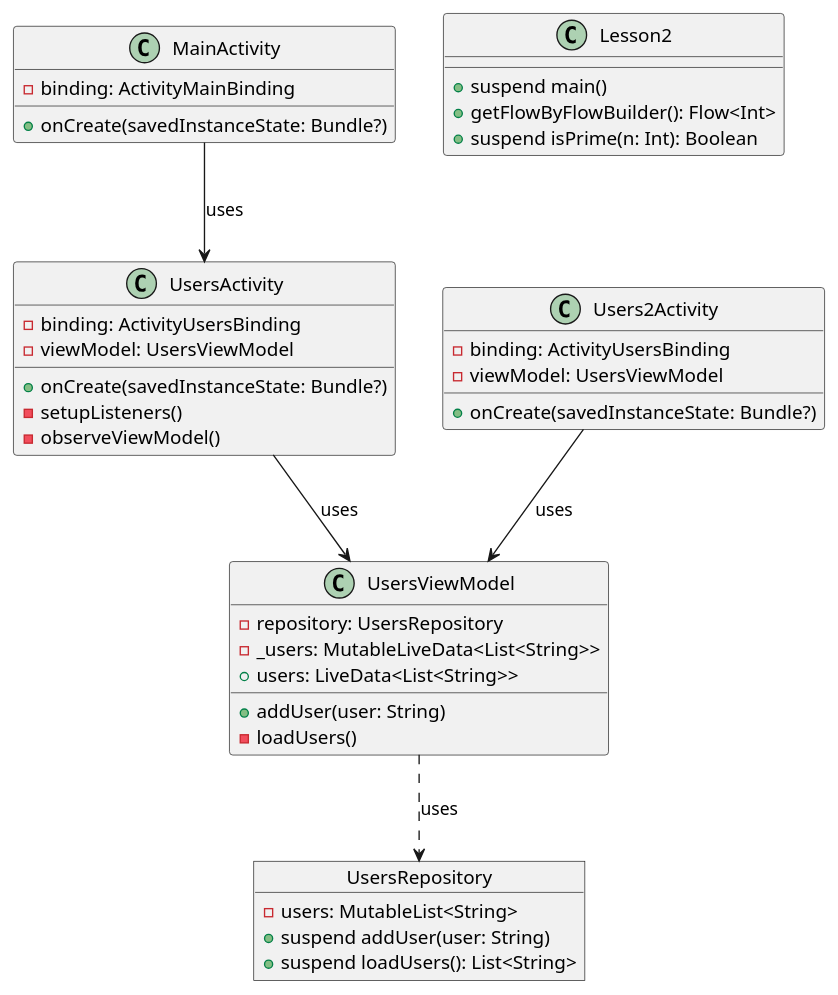
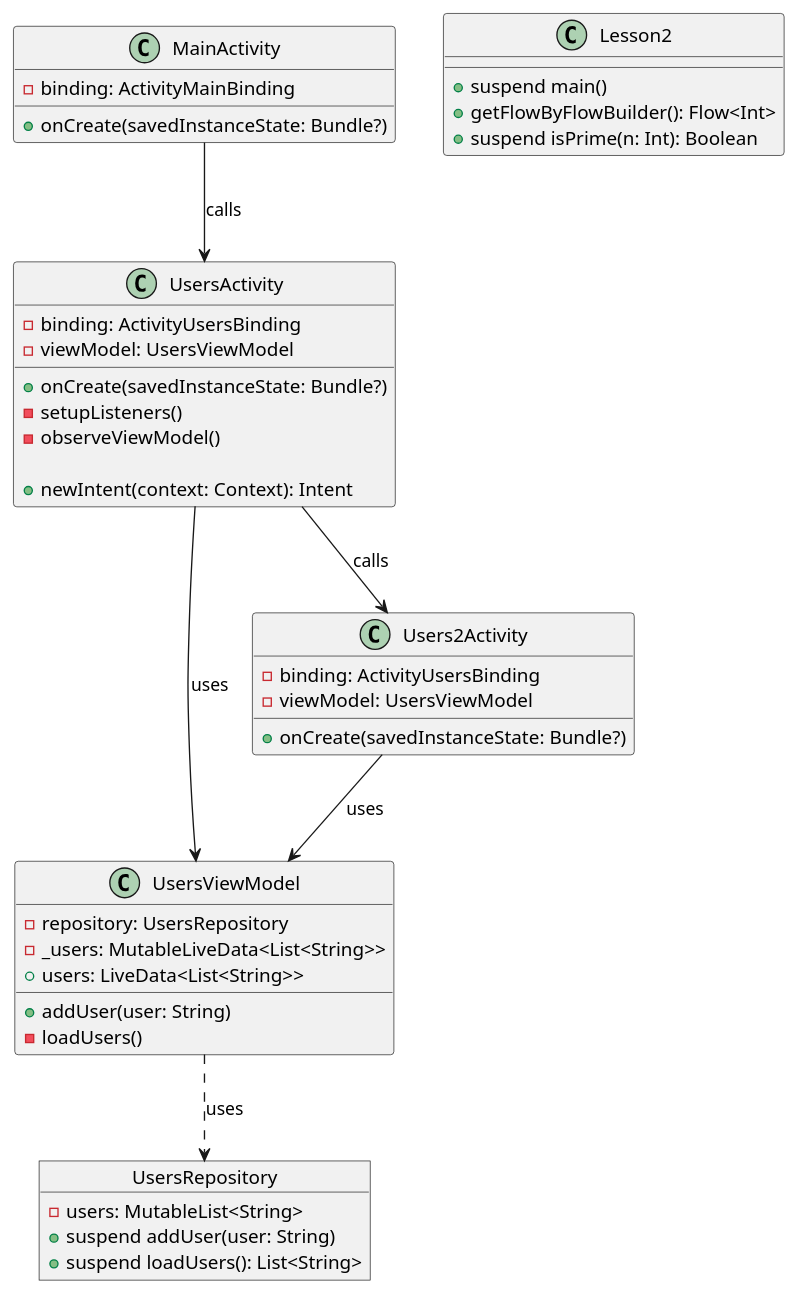
Before and after one commit to AbadzhevaK8/CoroutineFlow: the diagram in app/src/main/java/com/example/coroutineflow/lessons/lesson2/lesson2diagram.puml, drawn with PlantUML. The commit also changed 3 other files, not shown here.

Commit message:
Refactor: Update Lesson 2 diagram, call loadUsers() after adding a user, and remove text color.

```diff
--- a/app/src/main/java/com/example/coroutineflow/lessons/lesson2/lesson2diagram.puml
+++ b/app/src/main/java/com/example/coroutineflow/lessons/lesson2/lesson2diagram.puml
@@ -1,51 +1,54 @@
 @startuml
 
 class MainActivity {
     - binding: ActivityMainBinding
 
     + onCreate(savedInstanceState: Bundle?)
 }
 
 class Lesson2 {
     + suspend main()
     + getFlowByFlowBuilder(): Flow<Int>
     + suspend isPrime(n: Int): Boolean
 }
 
 object UsersRepository {
     - users: MutableList<String>
 
     + suspend addUser(user: String)
     + suspend loadUsers(): List<String>
 }
 
 class UsersViewModel {
     - repository: UsersRepository
     - _users: MutableLiveData<List<String>>
     + users: LiveData<List<String>>
 
     + addUser(user: String)
     - loadUsers()
 }
 
 class UsersActivity {
     - binding: ActivityUsersBinding
     - viewModel: UsersViewModel
 
     + onCreate(savedInstanceState: Bundle?)
     - setupListeners()
     - observeViewModel()
+
+    + newIntent(context: Context): Intent
 }
 
 class Users2Activity {
     - binding: ActivityUsersBinding
     - viewModel: UsersViewModel
 
     + onCreate(savedInstanceState: Bundle?)
 }
 
 UsersViewModel ..> UsersRepository : uses
 UsersActivity --> UsersViewModel : uses
+UsersActivity --> Users2Activity : calls
 Users2Activity --> UsersViewModel : uses
-MainActivity --> UsersActivity : uses
+MainActivity --> UsersActivity : calls
 @enduml
```
